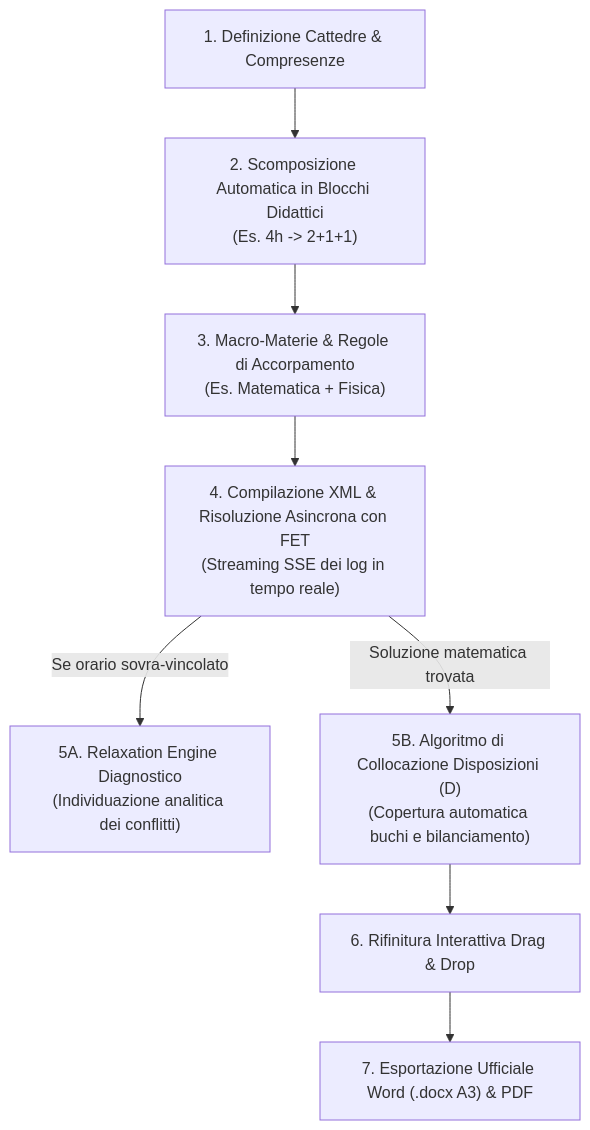
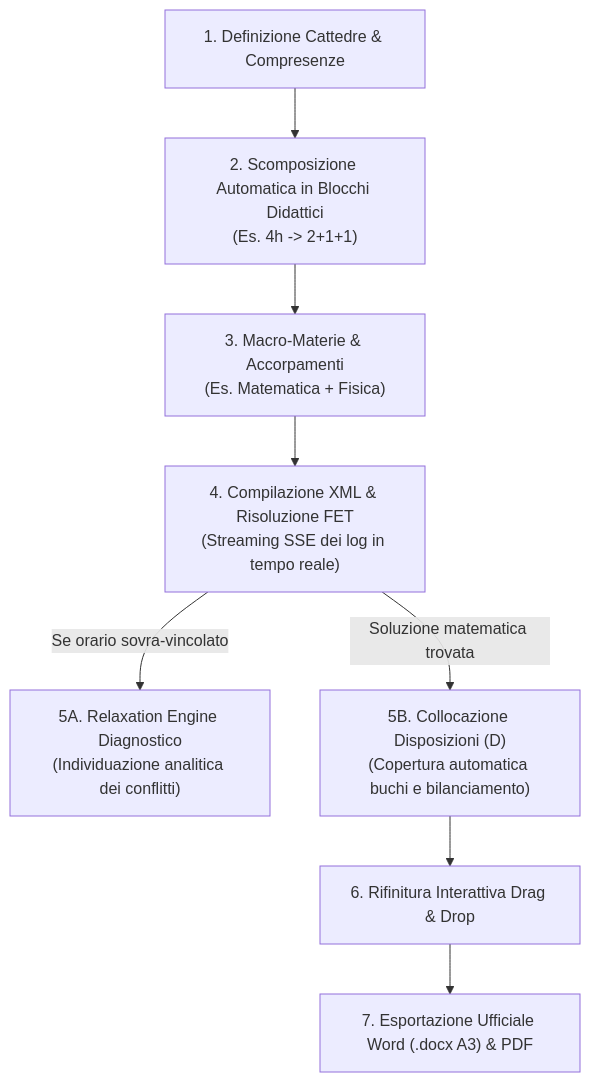
One commit to carlorigoni/eurario changed the first of 3 diagrams in docs/timetable-flow.md. Above: the diagram before and after it, drawn with Mermaid. The commit also changed other lines of this file and 13 other files, not shown here.

````diff
--- a/docs/timetable-flow.md
+++ b/docs/timetable-flow.md
@@ -12,10 +10,10 @@
 ```mermaid
 flowchart TD
     A["1. Definizione Cattedre & Compresenze"] --> B["2. Scomposizione Automatica in Blocchi Didattici\n(Es. 4h -> 2+1+1)"]
-    B --> C["3. Macro-Materie & Regole di Accorpamento\n(Es. Matematica + Fisica)"]
-    C --> D["4. Compilazione XML & Risoluzione Asincrona con FET\n(Streaming SSE dei log in tempo reale)"]
+    B --> C["3. Macro-Materie & Accorpamenti\n(Es. Matematica + Fisica)"]
+    C --> D["4. Compilazione XML & Risoluzione FET\n(Streaming SSE dei log in tempo reale)"]
     D -->|"Se orario sovra-vincolato"| E["5A. Relaxation Engine Diagnostico\n(Individuazione analitica dei conflitti)"]
-    D -->|"Soluzione matematica trovata"| F["5B. Algoritmo di Collocazione Disposizioni (D)\n(Copertura automatica buchi e bilanciamento)"]
+    D -->|"Soluzione matematica trovata"| F["5B. Collocazione Disposizioni (D)\n(Copertura automatica buchi e bilanciamento)"]
     F --> G["6. Rifinitura Interattiva Drag & Drop"]
     G --> H["7. Esportazione Ufficiale Word (.docx A3) & PDF"]
 ```
````
